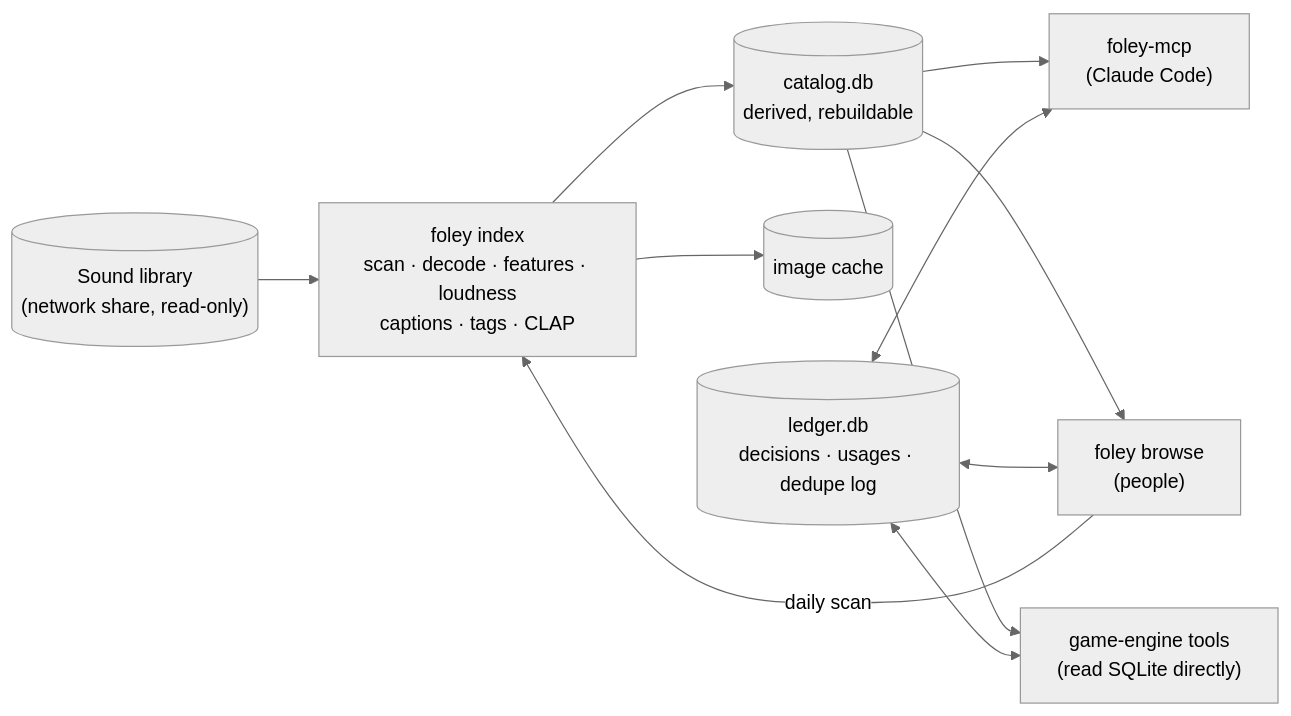
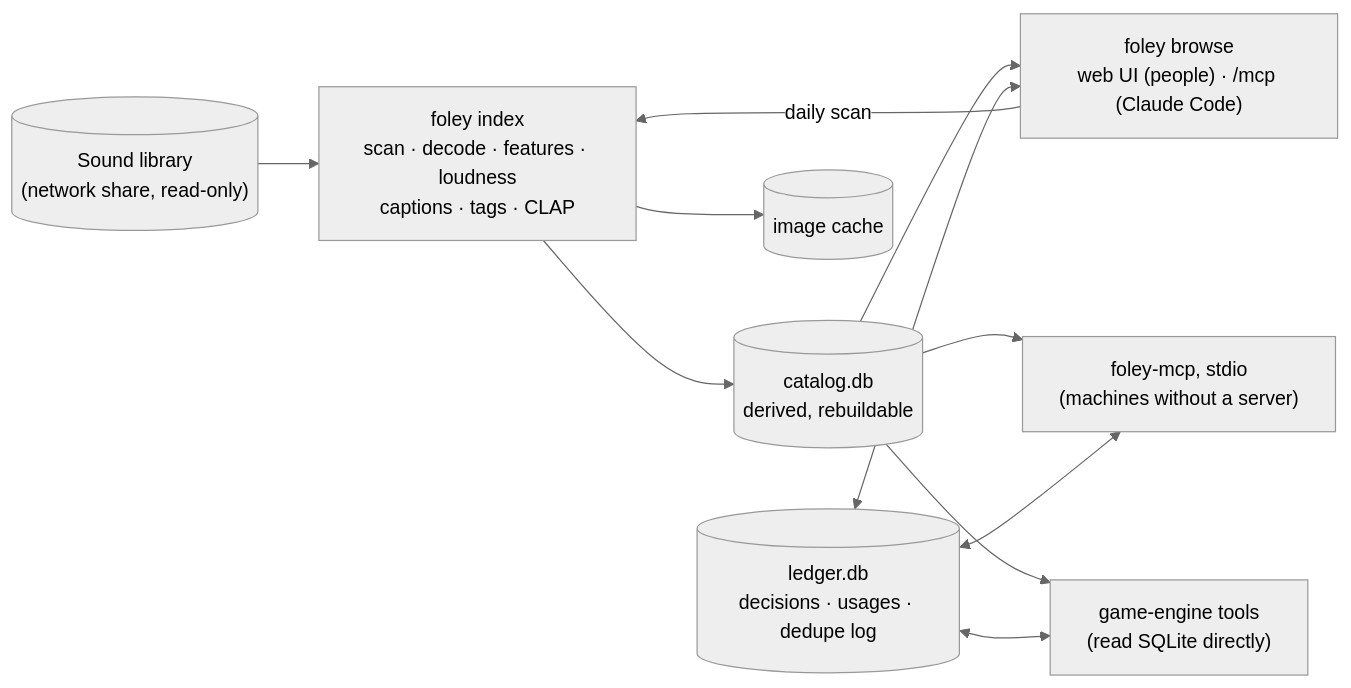
One commit to Soverance/Foley changed the diagram in docs/design.md. Above: the diagram before and after it, drawn with Mermaid (neutral theme). The commit also changed other lines of this file and 15 other files, not shown here.

First line of the commit message:
Shared MCP endpoint in foley browse, two-process tray, self-healing logon task

````diff
--- a/docs/design.md
+++ b/docs/design.md
@@ -30,14 +30,14 @@
 ```mermaid
 flowchart LR
     lib[("Sound library<br/>(network share, read-only)")] --> index["foley index<br/>scan · decode · features · loudness<br/>captions · tags · CLAP"]
     index --> cat[("catalog.db<br/>derived, rebuildable")]
     index --> img[("image cache")]
     led[("ledger.db<br/>decisions · usages · dedupe log")]
-    cat --> mcp["foley-mcp<br/>(Claude Code)"]
-    cat --> browse["foley browse<br/>(people)"]
+    cat --> browse["foley browse<br/>web UI (people) · /mcp (Claude Code)"]
+    cat --> mcp["foley-mcp, stdio<br/>(machines without a server)"]
     cat --> engine["game-engine tools<br/>(read SQLite directly)"]
     led <--> mcp
     led <--> browse
     led <--> engine
     browse -- "daily scan" --> index
 ```
````
